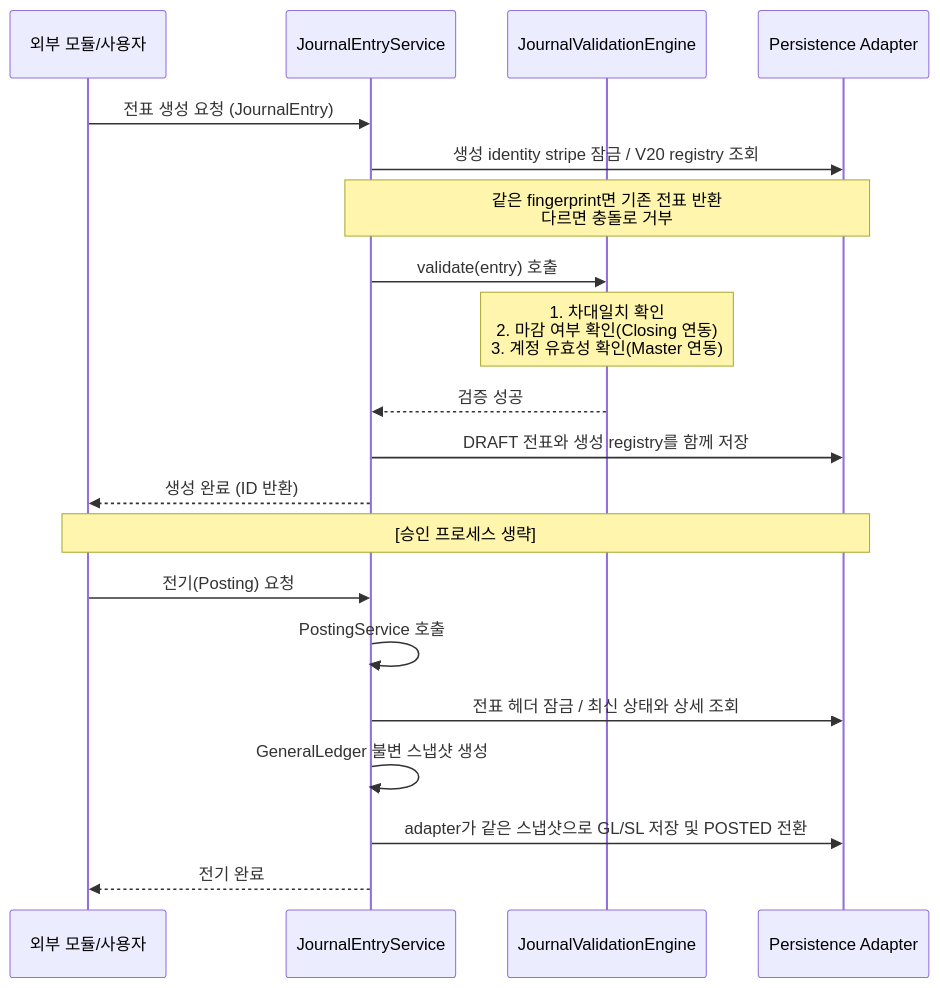
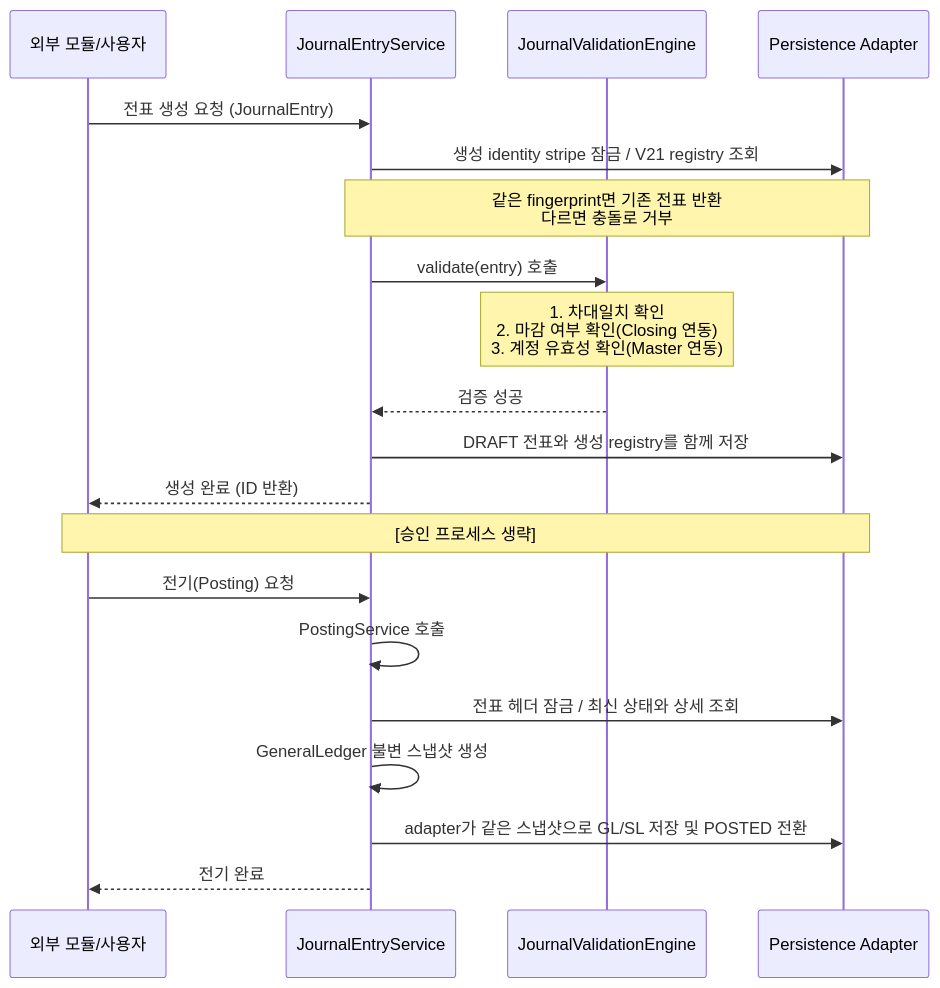
Before and after one commit to skyg547/account: the first of 3 diagrams in journal-ledger/README.md, drawn with Mermaid. The commit also changed other lines of this file and 62 other files, not shown here.

````diff
--- a/journal-ledger/README.md
+++ b/journal-ledger/README.md
@@ -40,25 +40,25 @@
 ```mermaid
 sequenceDiagram
     participant App as 외부 모듈/사용자
     participant Service as JournalEntryService
     participant Engine as JournalValidationEngine
     participant DB as Persistence Adapter
 
     App->>Service: 전표 생성 요청 (JournalEntry)
-    Service->>DB: 생성 identity stripe 잠금 / V20 registry 조회
+    Service->>DB: 생성 identity stripe 잠금 / V21 registry 조회
     Note over Service, DB: 같은 fingerprint면 기존 전표 반환<br/>다르면 충돌로 거부
     Service->>Engine: validate(entry) 호출
     Note over Engine: 1. 차대일치 확인<br/>2. 마감 여부 확인(Closing 연동)<br/>3. 계정 유효성 확인(Master 연동)
     Engine-->>Service: 검증 성공
     Service->>DB: DRAFT 전표와 생성 registry를 함께 저장
     Service-->>App: 생성 완료 (ID 반환)
 
     Note over App, DB: [승인 프로세스 생략]
 
     App->>Service: 전기(Posting) 요청
     Service->>Service: PostingService 호출
     Service->>DB: 전표 헤더 잠금 / 최신 상태와 상세 조회
     Service->>Service: GeneralLedger 불변 스냅샷 생성
     Service->>DB: adapter가 같은 스냅샷으로 GL/SL 저장 및 POSTED 전환
     Service-->>App: 전기 완료
 ```
````
